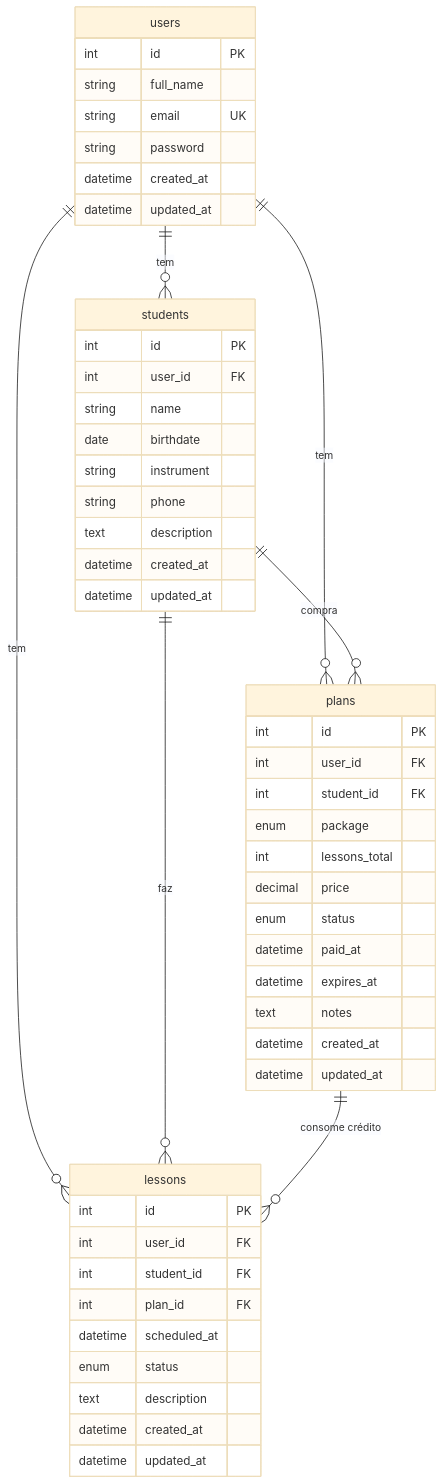
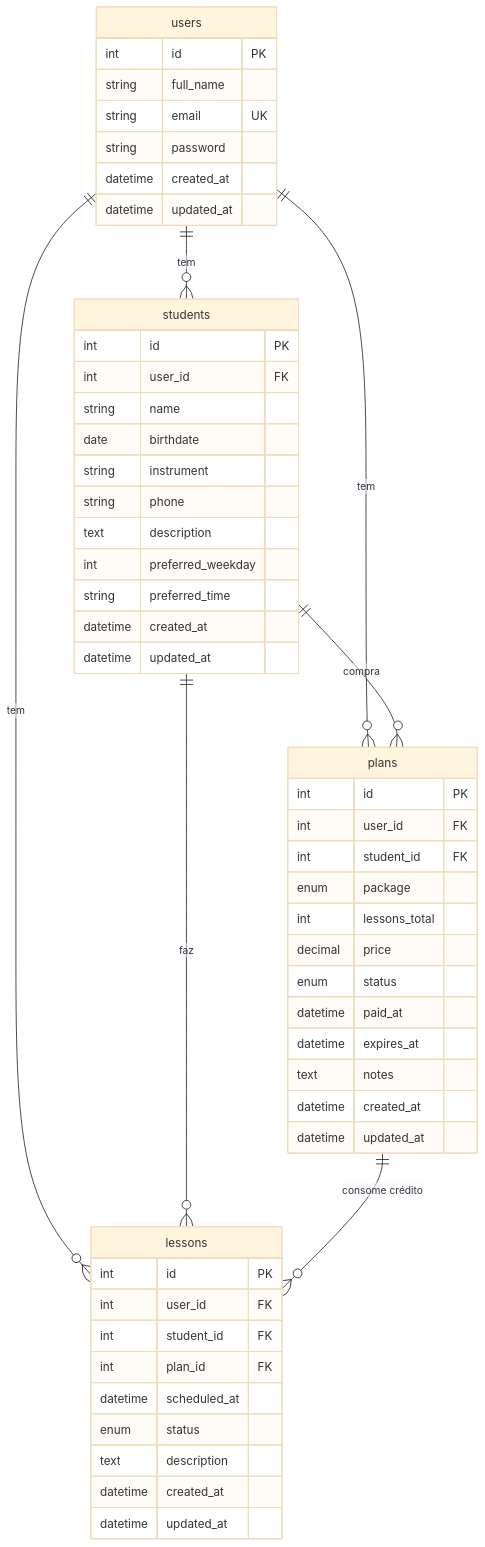
Before and after one commit to Caiokl3i/music-class: the first of 2 diagrams in docs/modelo.md, drawn with Mermaid (base theme). The commit also changed other lines of this file and 34 other files, not shown here.

````diff
--- a/docs/modelo.md
+++ b/docs/modelo.md
@@ -35,57 +35,59 @@
 ```mermaid
 erDiagram
     users ||--o{ students : "tem"
     users ||--o{ plans : "tem"
     users ||--o{ lessons : "tem"
     students ||--o{ plans : "compra"
     students ||--o{ lessons : "faz"
     plans ||--o{ lessons : "consome crédito"
 
     users {
         int id PK
         string full_name
         string email UK
         string password
         datetime created_at
         datetime updated_at
     }
 
     students {
         int id PK
         int user_id FK
         string name
         date birthdate
         string instrument
         string phone
         text description
+        int preferred_weekday
+        string preferred_time
         datetime created_at
         datetime updated_at
     }
 
     plans {
         int id PK
         int user_id FK
         int student_id FK
         enum package
         int lessons_total
         decimal price
         enum status
         datetime paid_at
         datetime expires_at
         text notes
         datetime created_at
         datetime updated_at
     }
 
     lessons {
         int id PK
         int user_id FK
         int student_id FK
         int plan_id FK
         datetime scheduled_at
         enum status
         text description
         datetime created_at
         datetime updated_at
     }
 ```
````
